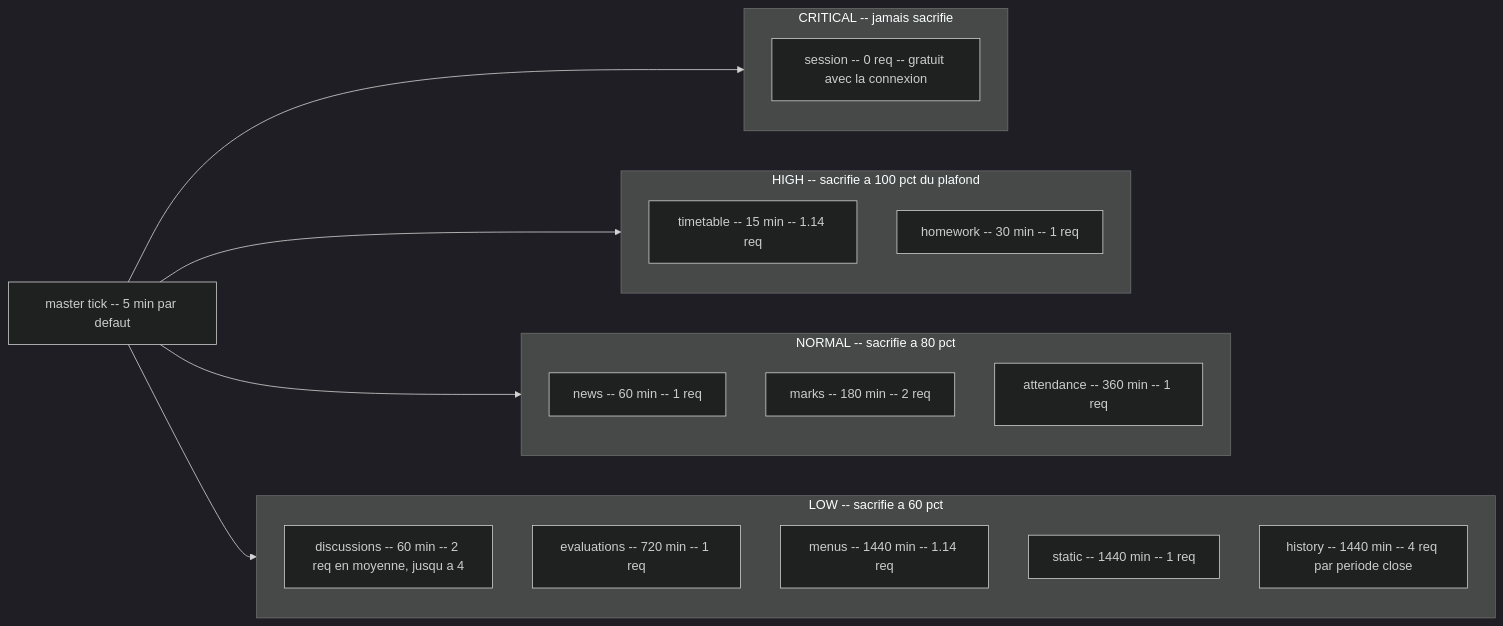
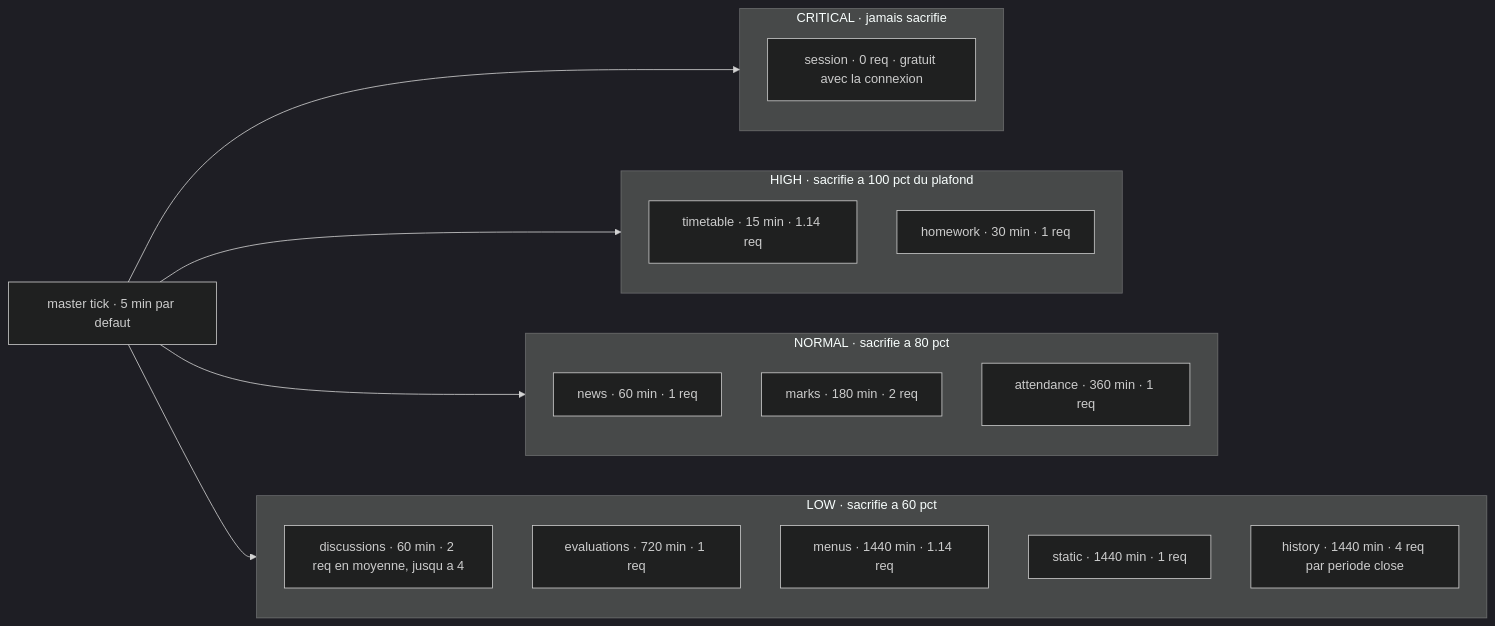
The third of 6 diagrams in docs/ARCHITECTURE.md (FiveElements/ha-pronote-ng), drawn with Mermaid (dark theme) before and after one commit. The commit also changed other lines of this file and 2 other files, not shown here.

````diff
--- a/docs/ARCHITECTURE.md
+++ b/docs/ARCHITECTURE.md
@@ -663,31 +663,31 @@
 ```mermaid
 flowchart LR
-  subgraph CRIT["CRITICAL -- jamais sacrifie"]
-    SESSION["session -- 0 req -- gratuit avec la connexion"]
+  subgraph CRIT["CRITICAL · jamais sacrifie"]
+    SESSION["session · 0 req · gratuit avec la connexion"]
   end
 
-  subgraph HIGH["HIGH -- sacrifie a 100 pct du plafond"]
-    TT["timetable -- 15 min -- 1.14 req"]
-    HW["homework -- 30 min -- 1 req"]
+  subgraph HIGH["HIGH · sacrifie a 100 pct du plafond"]
+    TT["timetable · 15 min · 1.14 req"]
+    HW["homework · 30 min · 1 req"]
   end
 
-  subgraph NORM["NORMAL -- sacrifie a 80 pct"]
-    NEWS["news -- 60 min -- 1 req"]
-    MARKS["marks -- 180 min -- 2 req"]
-    ATT["attendance -- 360 min -- 1 req"]
+  subgraph NORM["NORMAL · sacrifie a 80 pct"]
+    NEWS["news · 60 min · 1 req"]
+    MARKS["marks · 180 min · 2 req"]
+    ATT["attendance · 360 min · 1 req"]
   end
 
-  subgraph LOW["LOW -- sacrifie a 60 pct"]
-    DISC["discussions -- 60 min -- 2 req en moyenne, jusqu a 4"]
-    EVAL["evaluations -- 720 min -- 1 req"]
-    MENUS["menus -- 1440 min -- 1.14 req"]
-    STATIC["static -- 1440 min -- 1 req"]
-    HIST["history -- 1440 min -- 4 req par periode close"]
+  subgraph LOW["LOW · sacrifie a 60 pct"]
+    DISC["discussions · 60 min · 2 req en moyenne, jusqu a 4"]
+    EVAL["evaluations · 720 min · 1 req"]
+    MENUS["menus · 1440 min · 1.14 req"]
+    STATIC["static · 1440 min · 1 req"]
+    HIST["history · 1440 min · 4 req par periode close"]
   end
 
-  TICK["master tick -- 5 min par defaut"]
+  TICK["master tick · 5 min par defaut"]
   TICK --> CRIT
   TICK --> HIGH
   TICK --> NORM
   TICK --> LOW
 ```
````
